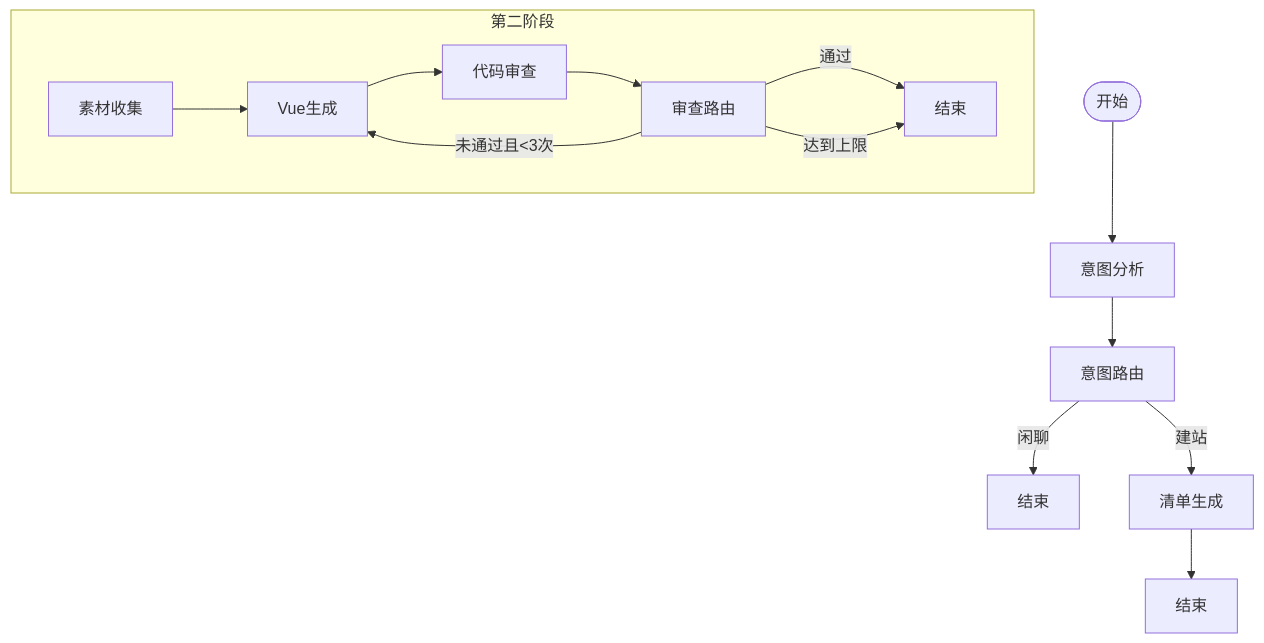
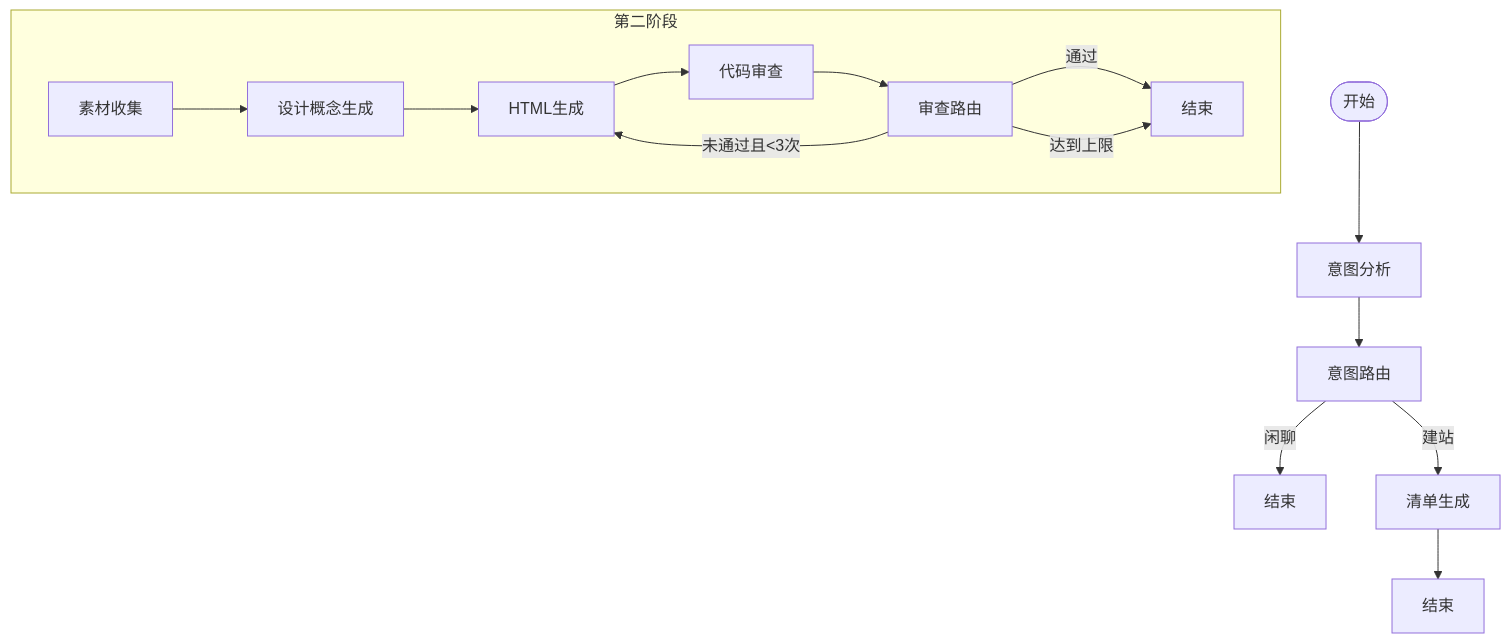
The fourth of 7 diagrams in .qoder/repowiki/zh/content/AI工作流系统/工作流引擎核心/项目状态管理.md (CyanYuKi/WebSiteFrontendCodeMother), drawn with Mermaid before and after one commit. The commit also changed other lines of this file and 12 other files, not shown here.

````diff
--- a/.qoder/repowiki/zh/content/AI工作流系统/工作流引擎核心/项目状态管理.md
+++ b/.qoder/repowiki/zh/content/AI工作流系统/工作流引擎核心/项目状态管理.md
@@ -278,16 +320,17 @@
 ```mermaid
 flowchart TD
 Start(["开始"]) --> IA["意图分析"]
 IA --> IR["意图路由"]
 IR --> |闲聊| End1["结束"]
 IR --> |建站| CB["清单生成"]
 CB --> End2["结束"]
 subgraph "第二阶段"
-AC["素材收集"] --> VG["Vue生成"]
-VG --> CR["代码审查"]
+AC["素材收集"] --> DCG["设计概念生成"]
+DCG --> HG["HTML生成"]
+HG --> CR["代码审查"]
 CR --> RR["审查路由"]
 RR --> |通过| End3["结束"]
-RR --> |未通过且<3次| VG
+RR --> |未通过且<3次| HG
 RR --> |达到上限| End3
 end
 ```
````
